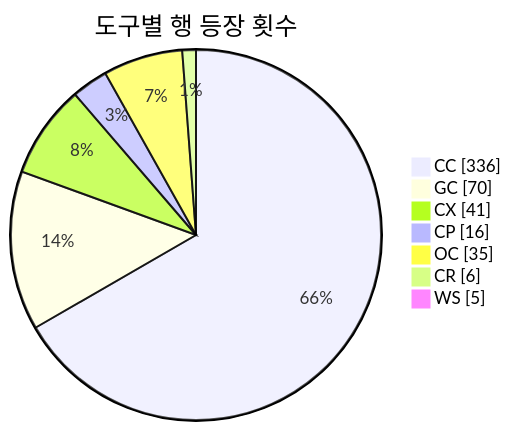
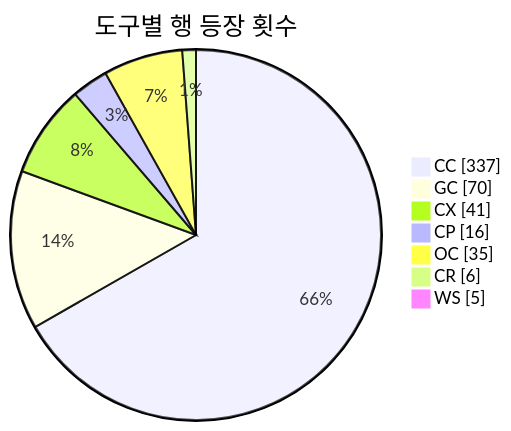
One commit to J-nowcow/awesome-korean-agent-skills changed the second of 3 diagrams in README.md. Above: the diagram before and after it, drawn with Mermaid. The commit also changed other lines of this file and 4 other files, not shown here.

````diff
--- a/README.md
+++ b/README.md
@@ -193,11 +193,11 @@
 ```mermaid
 pie showData
     title 도구별 행 등장 횟수
-    "CC" : 336
+    "CC" : 337
     "GC" : 70
     "CX" : 41
     "CP" : 16
     "OC" : 35
     "CR" : 6
     "WS" : 5
 ```
````
